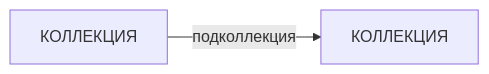
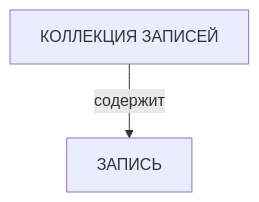
Before and after one commit to iweloveaot/RBTree: the first of 2 diagrams in README.md, drawn with Mermaid. The commit also changed other lines of this file, not shown here.

````diff
--- a/README.md
+++ b/README.md
@@ -81,4 +38,4 @@
 ```mermaid
-flowchart LR
-    Collection["КОЛЛЕКЦИЯ"] -->|"подколлекция"| Subcollection["КОЛЛЕКЦИЯ"]
-```
+flowchart TD
+    Collection["КОЛЛЕКЦИЯ ЗАПИСЕЙ"] -->|"содержит"| Record["ЗАПИСЬ"]
+```    
````
